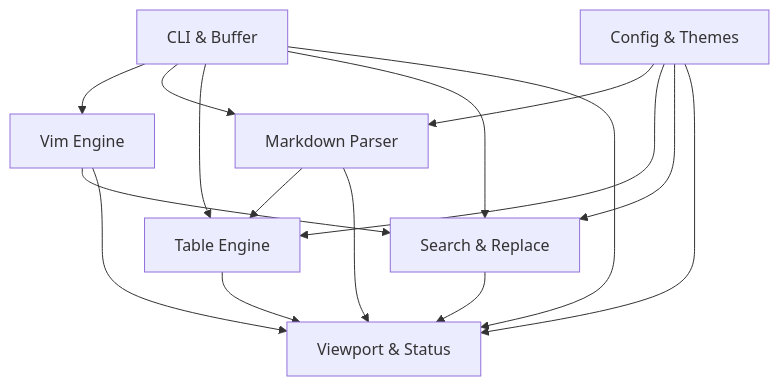
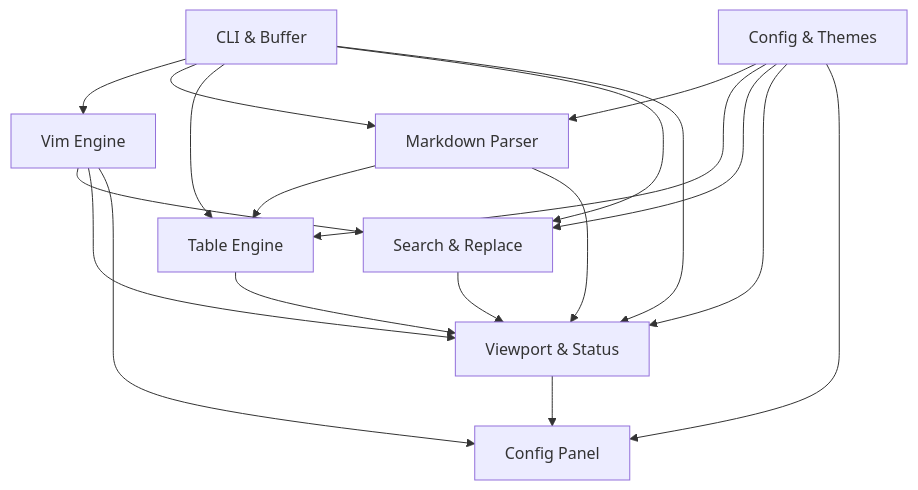
One commit to ArquitetoMovel/md-notes changed the diagram in docs/PRD.md. Above: the diagram before and after it, drawn with Mermaid. The commit also changed other lines of this file and 3 other files, not shown here.

Commit message:
docs: atualizar PRD e roadmap de progresso com F08

````diff
--- a/docs/PRD.md
+++ b/docs/PRD.md
@@ -410,18 +461,21 @@
 ```mermaid
 graph TD
   F01[CLI & Buffer] --> F03[Vim Engine]
   F01 --> F04[Markdown Parser]
   F02[Config & Themes] --> F04
   F01 --> F05[Table Engine]
   F02 --> F05
   F04 --> F05
   F01 --> F06[Search & Replace]
   F02 --> F06
   F03 --> F06
   F01 --> F07[Viewport & Status]
   F02 --> F07
   F03 --> F07
   F04 --> F07
   F05 --> F07
   F06 --> F07
+  F02 --> F08[Config Panel]
+  F03 --> F08
+  F07 --> F08
 ```
````
